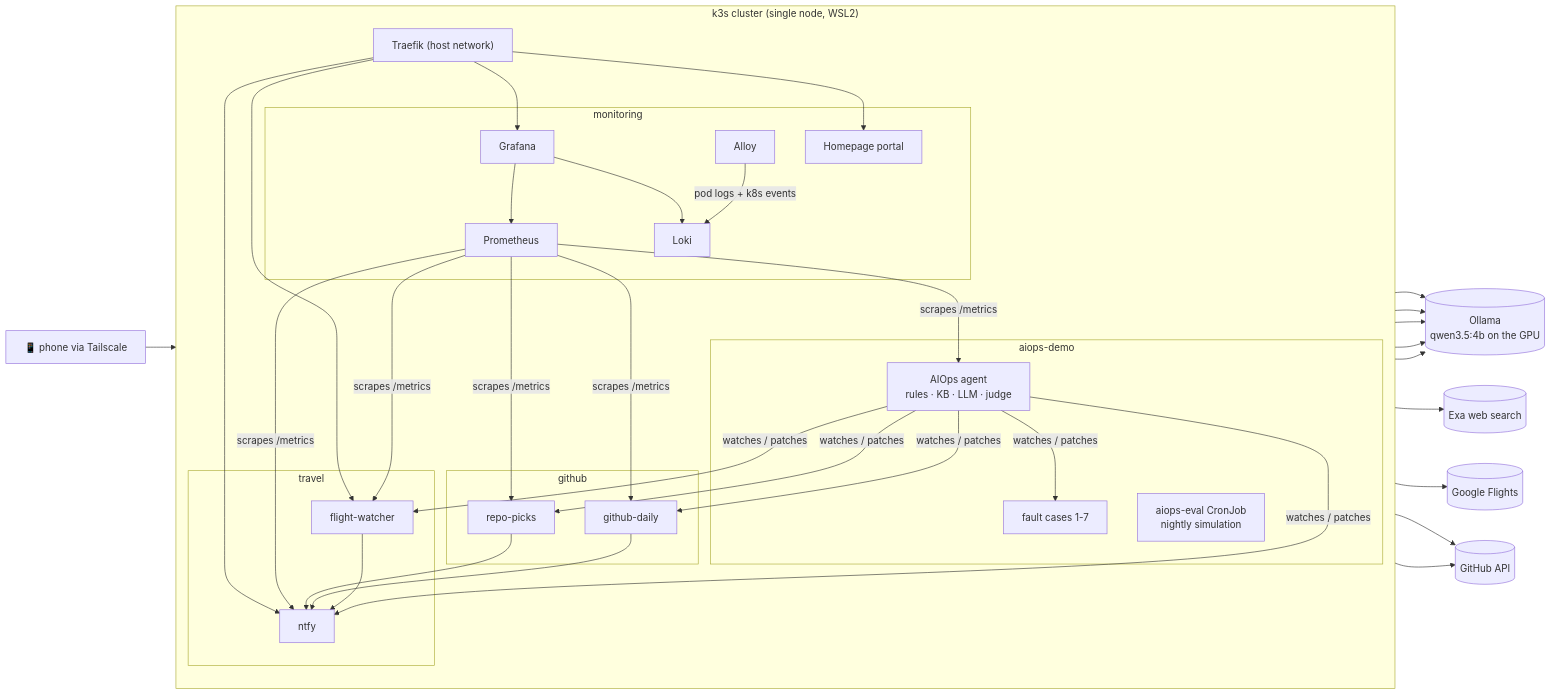
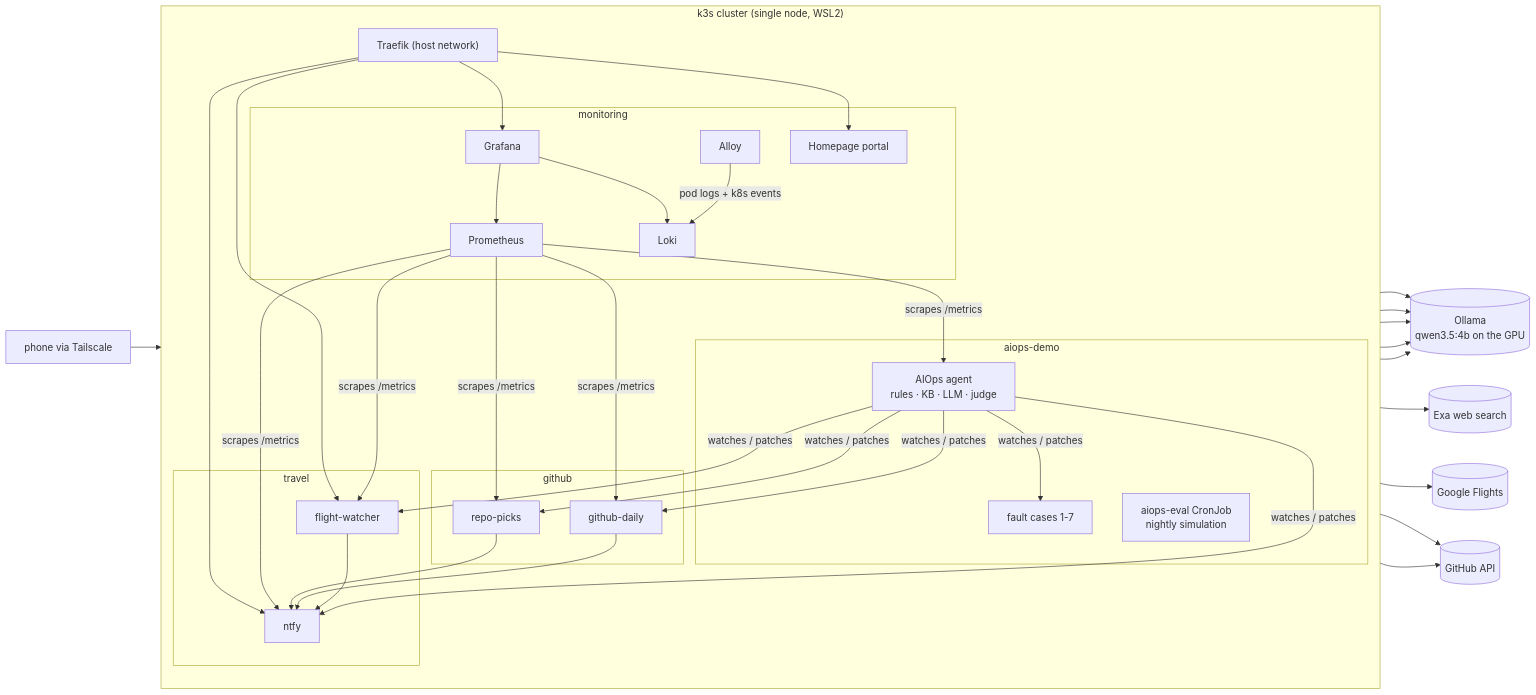
One commit to KJLavender/AIOps changed the diagram in README.md. Above: the diagram before and after it, drawn with Mermaid. The commit also changed other lines of this file and 1 other file, not shown here.

````diff
--- a/README.md
+++ b/README.md
@@ -74,46 +27,46 @@
 ```mermaid
 flowchart LR
     subgraph k3s["k3s cluster (single node, WSL2)"]
         direction TB
         subgraph aiops["aiops-demo"]
             agent["AIOps agent<br/>rules · KB · LLM · judge"]
             eval["aiops-eval CronJob<br/>nightly simulation"]
             cases["fault cases 1-7"]
         end
         subgraph travel["travel"]
             fw["flight-watcher"]
             ntfy["ntfy"]
         end
         subgraph github["github"]
             daily["github-daily"]
             picks["repo-picks"]
         end
         subgraph mon["monitoring"]
             prom["Prometheus"]
             loki["Loki"]
             alloy["Alloy"]
             graf["Grafana"]
             home["Homepage portal"]
         end
         traefik["Traefik (host network)"]
     end
     ollama[("Ollama<br/>qwen3.5:4b on the GPU")]
     exa[("Exa web search")]
     gflights[("Google Flights")]
     ghapi[("GitHub API")]
-    phone["📱 phone via Tailscale"]
+    phone["phone via Tailscale"]
 
     agent -- watches / patches --> cases & fw & ntfy & daily & picks
     agent --> ollama
     agent --> exa
     eval --> ollama
     fw --> gflights
     fw --> ollama
     daily & picks --> ghapi
     daily & picks --> ollama
     fw & daily & picks --> ntfy
     alloy -- pod logs + k8s events --> loki
     prom -- scrapes /metrics --> agent & fw & daily & picks & ntfy
     graf --> prom & loki
     phone --> traefik --> home & graf & fw & ntfy
 ```
````
